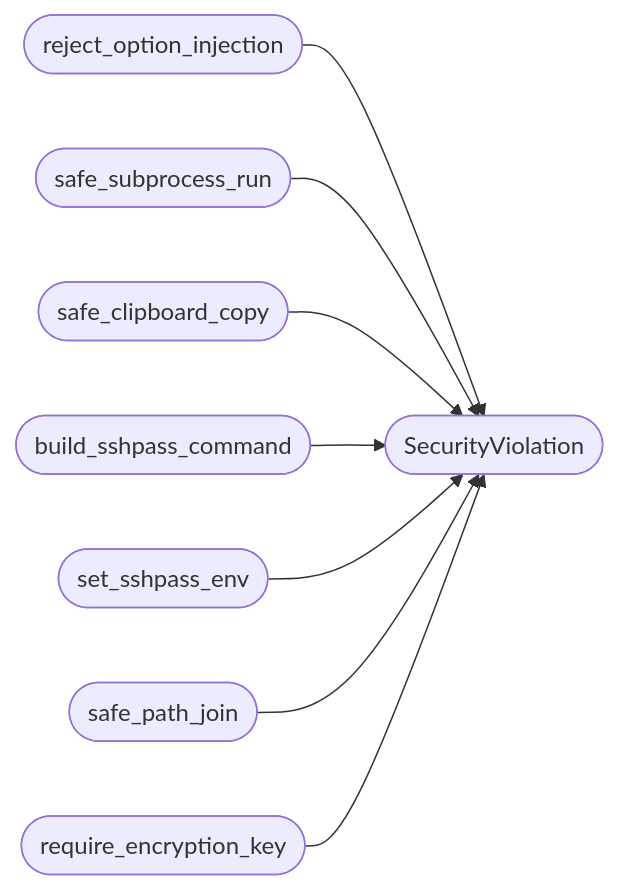
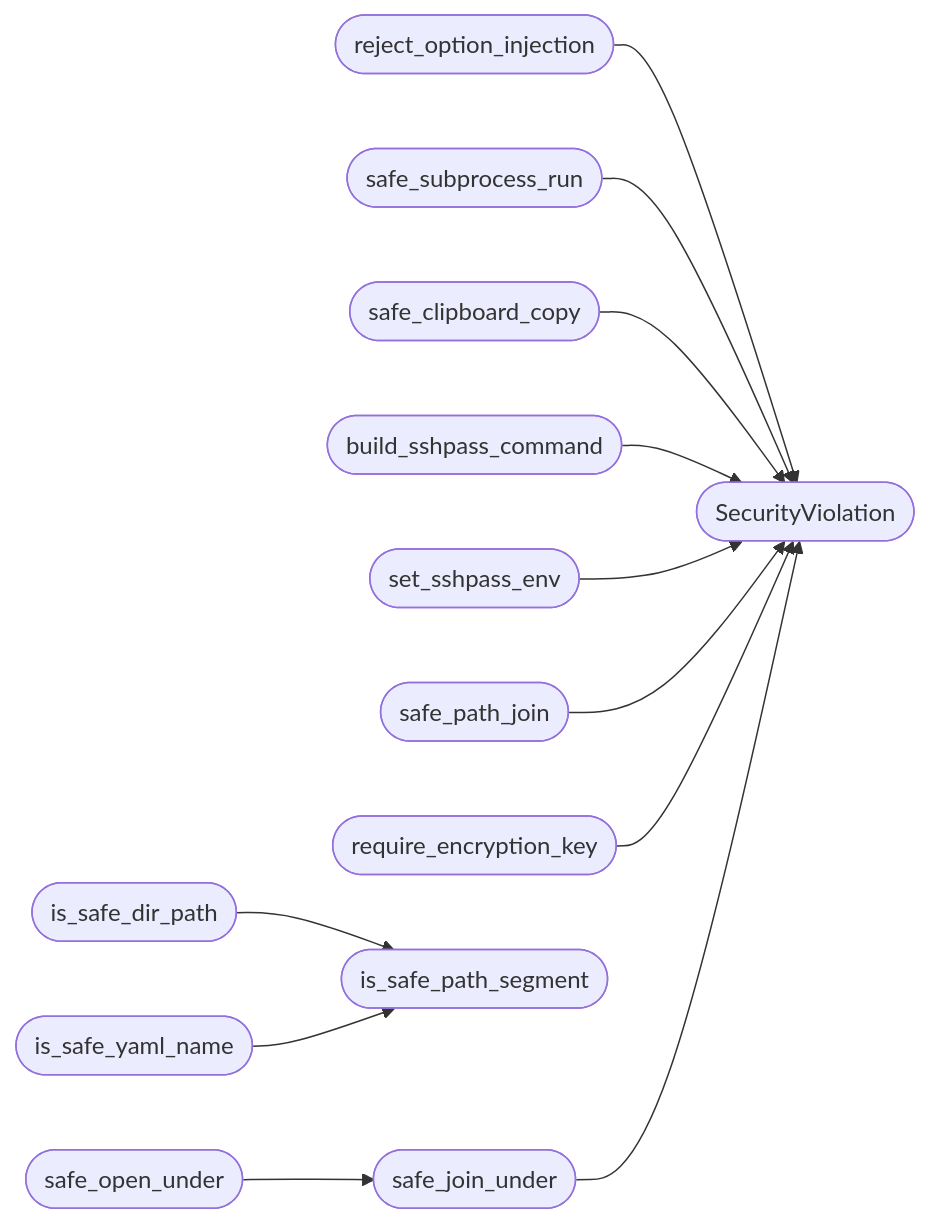
One commit to grisuno/LazyOwn changed the second of 2 diagrams in readmenator-apidocs/modules/core.hardening.py.md. Above: the diagram before and after it, drawn with Mermaid. The commit also changed other lines of this file and 205 other files, not shown here.

````diff
--- a/readmenator-apidocs/modules/core.hardening.py.md
+++ b/readmenator-apidocs/modules/core.hardening.py.md
@@ -45,18 +45,27 @@
 ```mermaid
 flowchart LR
     n_core_hardening_py__reject_option_injection(["reject_option_injection"])
     n_core_hardening_py__SecurityViolation(["SecurityViolation"])
     n_core_hardening_py__safe_subprocess_run(["safe_subprocess_run"])
     n_core_hardening_py__safe_clipboard_copy(["safe_clipboard_copy"])
     n_core_hardening_py__build_sshpass_command(["build_sshpass_command"])
     n_core_hardening_py__set_sshpass_env(["set_sshpass_env"])
     n_core_hardening_py__safe_path_join(["safe_path_join"])
     n_core_hardening_py__require_encryption_key(["require_encryption_key"])
+    n_core_hardening_py__is_safe_dir_path(["is_safe_dir_path"])
+    n_core_hardening_py__is_safe_path_segment(["is_safe_path_segment"])
+    n_core_hardening_py__is_safe_yaml_name(["is_safe_yaml_name"])
+    n_core_hardening_py__safe_join_under(["safe_join_under"])
+    n_core_hardening_py__safe_open_under(["safe_open_under"])
     n_core_hardening_py__reject_option_injection --> n_core_hardening_py__SecurityViolation
     n_core_hardening_py__safe_subprocess_run --> n_core_hardening_py__SecurityViolation
     n_core_hardening_py__safe_clipboard_copy --> n_core_hardening_py__SecurityViolation
     n_core_hardening_py__build_sshpass_command --> n_core_hardening_py__SecurityViolation
     n_core_hardening_py__set_sshpass_env --> n_core_hardening_py__SecurityViolation
     n_core_hardening_py__safe_path_join --> n_core_hardening_py__SecurityViolation
     n_core_hardening_py__require_encryption_key --> n_core_hardening_py__SecurityViolation
+    n_core_hardening_py__is_safe_dir_path --> n_core_hardening_py__is_safe_path_segment
+    n_core_hardening_py__is_safe_yaml_name --> n_core_hardening_py__is_safe_path_segment
+    n_core_hardening_py__safe_join_under --> n_core_hardening_py__SecurityViolation
+    n_core_hardening_py__safe_open_under --> n_core_hardening_py__safe_join_under
 ```
````
